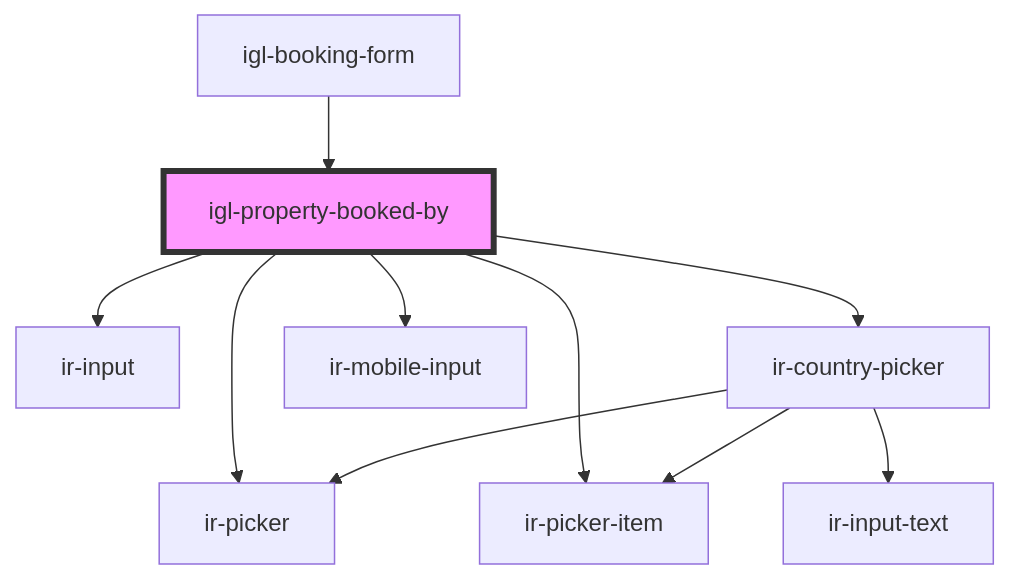
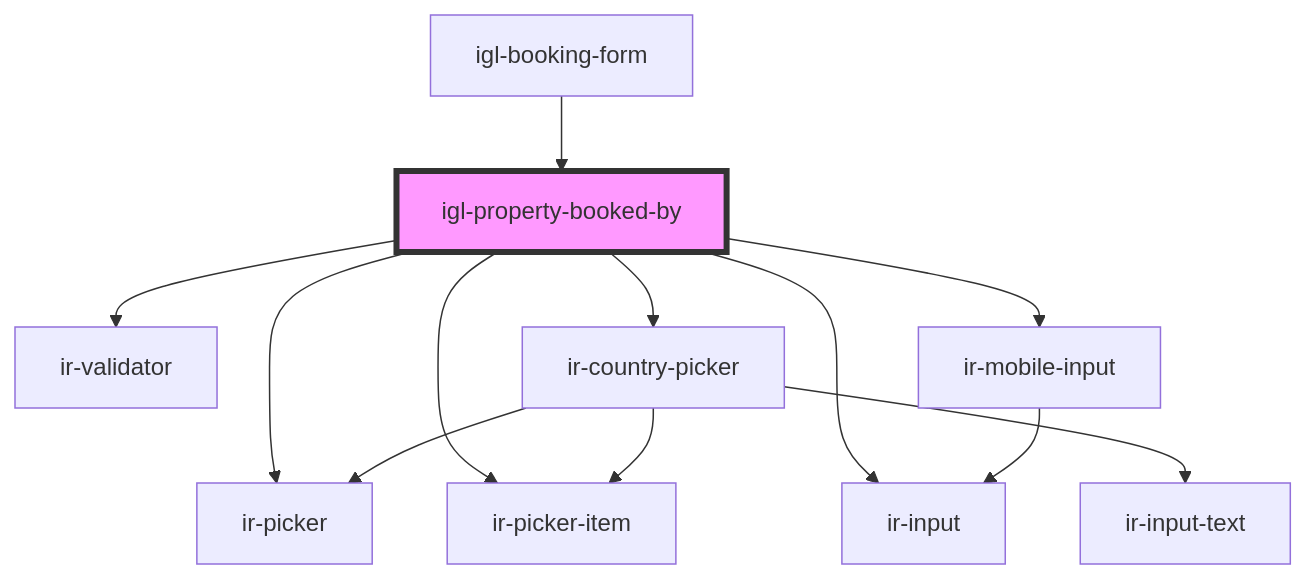
Before and after one commit to David1Chowaifaty/modified-ir-webcmp: the diagram in src/components/igloo-calendar/igl-book-property/igl-booking-form/igl-property-booked-by/readme.md, drawn with Mermaid. The commit also changed other lines of this file and 41 other files, not shown here.

````diff
--- a/src/components/igloo-calendar/igl-book-property/igl-booking-form/igl-property-booked-by/readme.md
+++ b/src/components/igloo-calendar/igl-book-property/igl-booking-form/igl-property-booked-by/readme.md
@@ -41,13 +42,15 @@
 ```mermaid
 graph TD;
   igl-property-booked-by --> ir-picker
   igl-property-booked-by --> ir-picker-item
+  igl-property-booked-by --> ir-validator
   igl-property-booked-by --> ir-input
   igl-property-booked-by --> ir-country-picker
   igl-property-booked-by --> ir-mobile-input
   ir-country-picker --> ir-picker
   ir-country-picker --> ir-picker-item
   ir-country-picker --> ir-input-text
+  ir-mobile-input --> ir-input
   igl-booking-form --> igl-property-booked-by
   style igl-property-booked-by fill:#f9f,stroke:#333,stroke-width:4px
 ```
````
